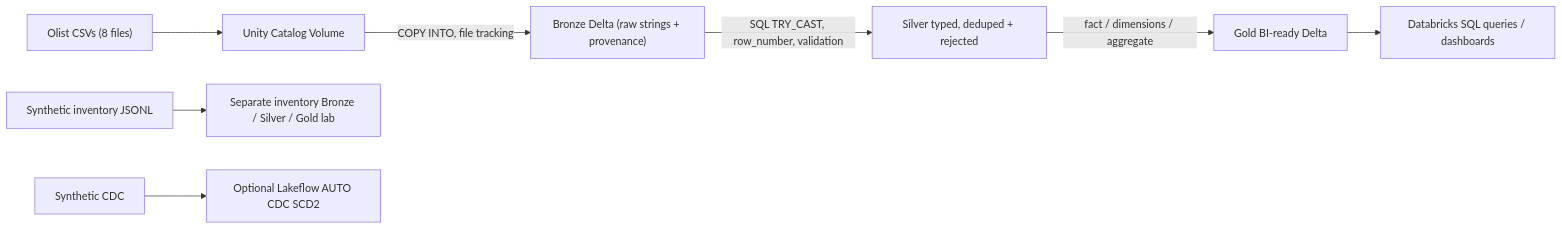
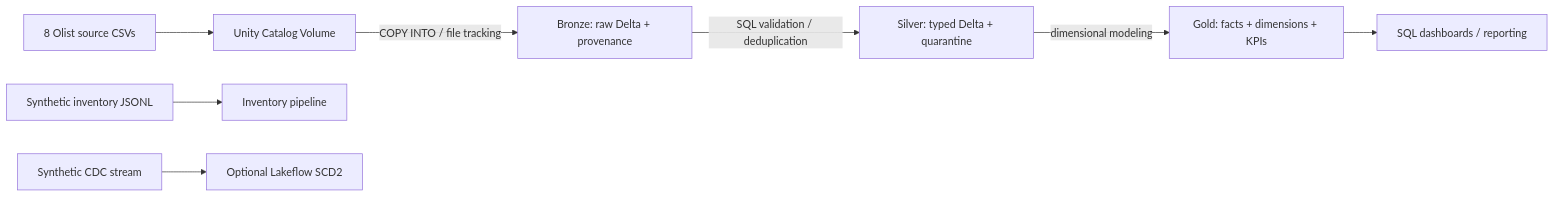
One commit to ravikiran1512/shoppulse-databricks-lakehouse changed the diagram in README.md. Above: the diagram before and after it, drawn with Mermaid. The commit also changed other lines of this file and 14 other files, not shown here.

````diff
--- a/README.md
+++ b/README.md
@@ -12,10 +21,10 @@
 ```mermaid
 flowchart LR
-    O["Olist CSVs (8 files)"] --> V["Unity Catalog Volume"]
-    V -->|COPY INTO, file tracking| B["Bronze Delta (raw strings + provenance)"]
-    B -->|SQL TRY_CAST, row_number, validation| S["Silver typed, deduped + rejected"]
-    S -->|fact / dimensions / aggregate| G["Gold BI-ready Delta"]
-    G --> D["Databricks SQL queries / dashboards"]
-    I["Synthetic inventory JSONL"] --> BI["Separate inventory Bronze / Silver / Gold lab"]
-    C["Synthetic CDC"] --> L["Optional Lakeflow AUTO CDC SCD2"]
+    A["8 Olist source CSVs"] --> B["Unity Catalog Volume"]
+    B -->|"COPY INTO / file tracking"| C["Bronze: raw Delta + provenance"]
+    C -->|"SQL validation / deduplication"| D["Silver: typed Delta + quarantine"]
+    D -->|"dimensional modeling"| E["Gold: facts + dimensions + KPIs"]
+    E --> F["SQL dashboards / reporting"]
+    G["Synthetic inventory JSONL"] --> H["Inventory pipeline"]
+    I["Synthetic CDC stream"] --> J["Optional Lakeflow SCD2"]
 ```
````
